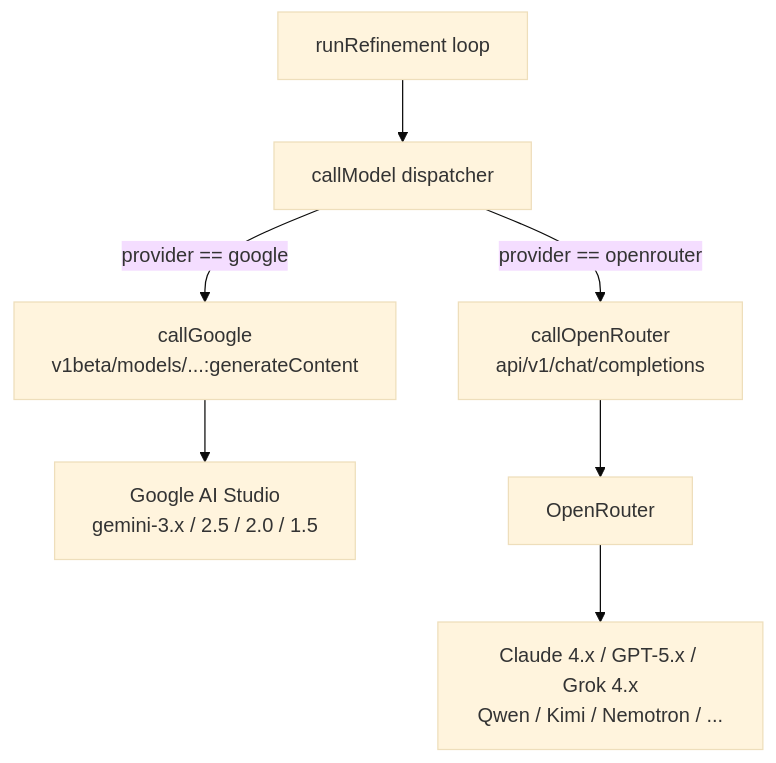
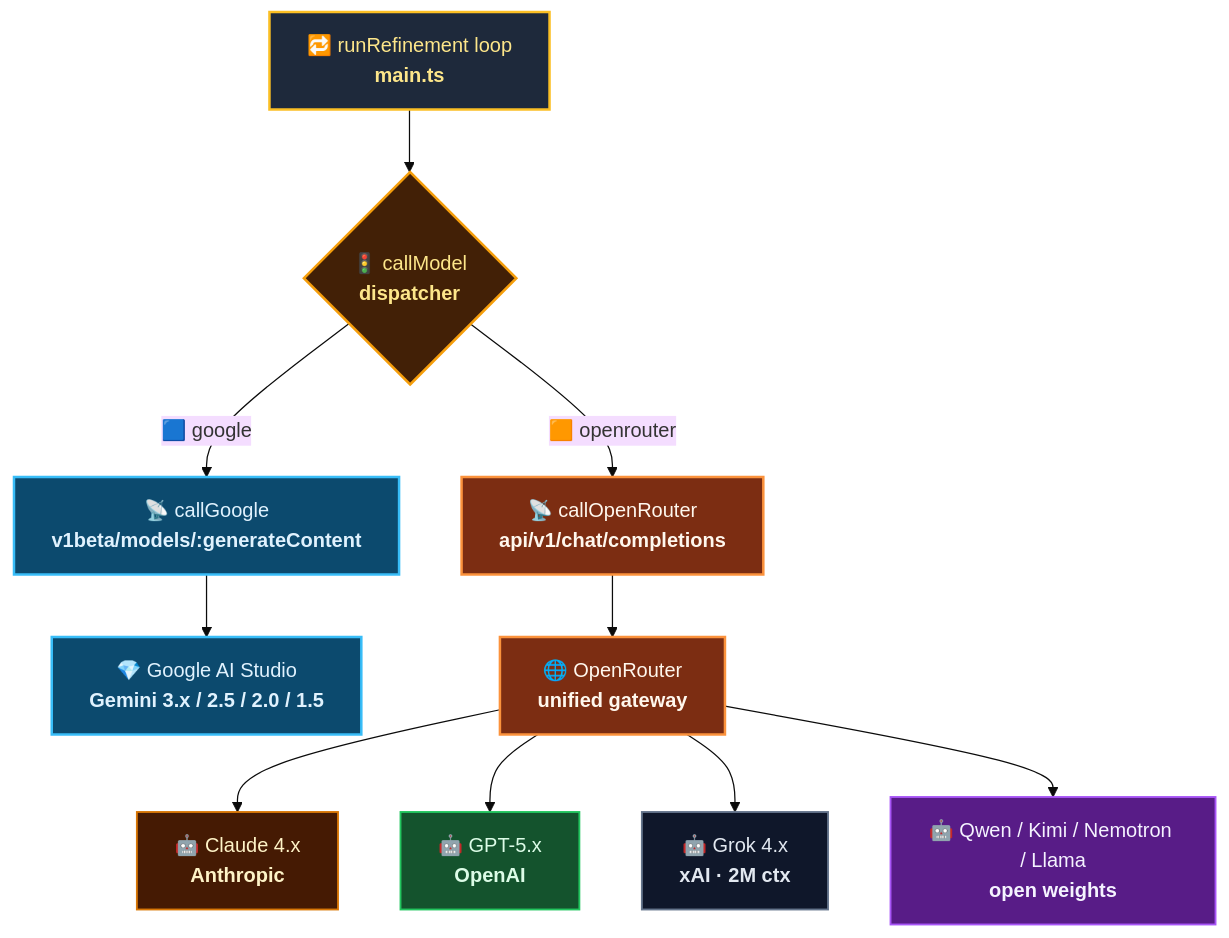
The third of 4 diagrams in README.md (GeraCollante/game-ui-refiner), drawn with Mermaid (base theme) before and after one commit. The commit also changed other lines of this file, not shown here.

First line of the commit message:
docs(readme): redesign mermaid diagrams

````diff
--- a/README.md
+++ b/README.md
@@ -91,9 +103,21 @@
 ```mermaid
 flowchart TB
-    App[runRefinement loop] --> CM[callModel dispatcher]
-    CM -->|provider == google| CG[callGoogle<br/>v1beta/models/...:generateContent]
-    CM -->|provider == openrouter| CO[callOpenRouter<br/>api/v1/chat/completions]
-    CG --> Gemini[Google AI Studio<br/>gemini-3.x / 2.5 / 2.0 / 1.5]
-    CO --> OR[OpenRouter]
-    OR --> Many[Claude 4.x / GPT-5.x / Grok 4.x<br/>Qwen / Kimi / Nemotron / ...]
+    App[🔁 runRefinement loop<br/><b>main.ts</b>]:::app --> CM{🚦 callModel<br/><b>dispatcher</b>}:::dispatch
+    CM -->|🟦 google| CG[📡 callGoogle<br/><b>v1beta/models/:generateContent</b>]:::google
+    CM -->|🟧 openrouter| CO[📡 callOpenRouter<br/><b>api/v1/chat/completions</b>]:::or
+    CG --> Gemini[💎 Google AI Studio<br/><b>Gemini 3.x / 2.5 / 2.0 / 1.5</b>]:::google
+    CO --> OR[🌐 OpenRouter<br/><b>unified gateway</b>]:::or
+    OR --> Claude[🤖 Claude 4.x<br/><b>Anthropic</b>]:::anth
+    OR --> GPT[🤖 GPT-5.x<br/><b>OpenAI</b>]:::oai
+    OR --> Grok[🤖 Grok 4.x<br/><b>xAI · 2M ctx</b>]:::xai
+    OR --> Other[🤖 Qwen / Kimi / Nemotron / Llama<br/><b>open weights</b>]:::other
+
+    classDef app      fill:#1e293b,stroke:#fbbf24,stroke-width:2px,color:#fde68a
+    classDef dispatch fill:#422006,stroke:#f59e0b,stroke-width:2px,color:#fde68a
+    classDef google   fill:#0c4a6e,stroke:#38bdf8,stroke-width:2px,color:#e0f2fe
+    classDef or       fill:#7c2d12,stroke:#fb923c,stroke-width:2px,color:#fff7ed
+    classDef anth     fill:#451a03,stroke:#d97706,stroke-width:1.5px,color:#fef3c7
+    classDef oai      fill:#14532d,stroke:#22c55e,stroke-width:1.5px,color:#dcfce7
+    classDef xai      fill:#0f172a,stroke:#64748b,stroke-width:1.5px,color:#e2e8f0
+    classDef other    fill:#581c87,stroke:#a855f7,stroke-width:1.5px,color:#f5f3ff
 ```
````
